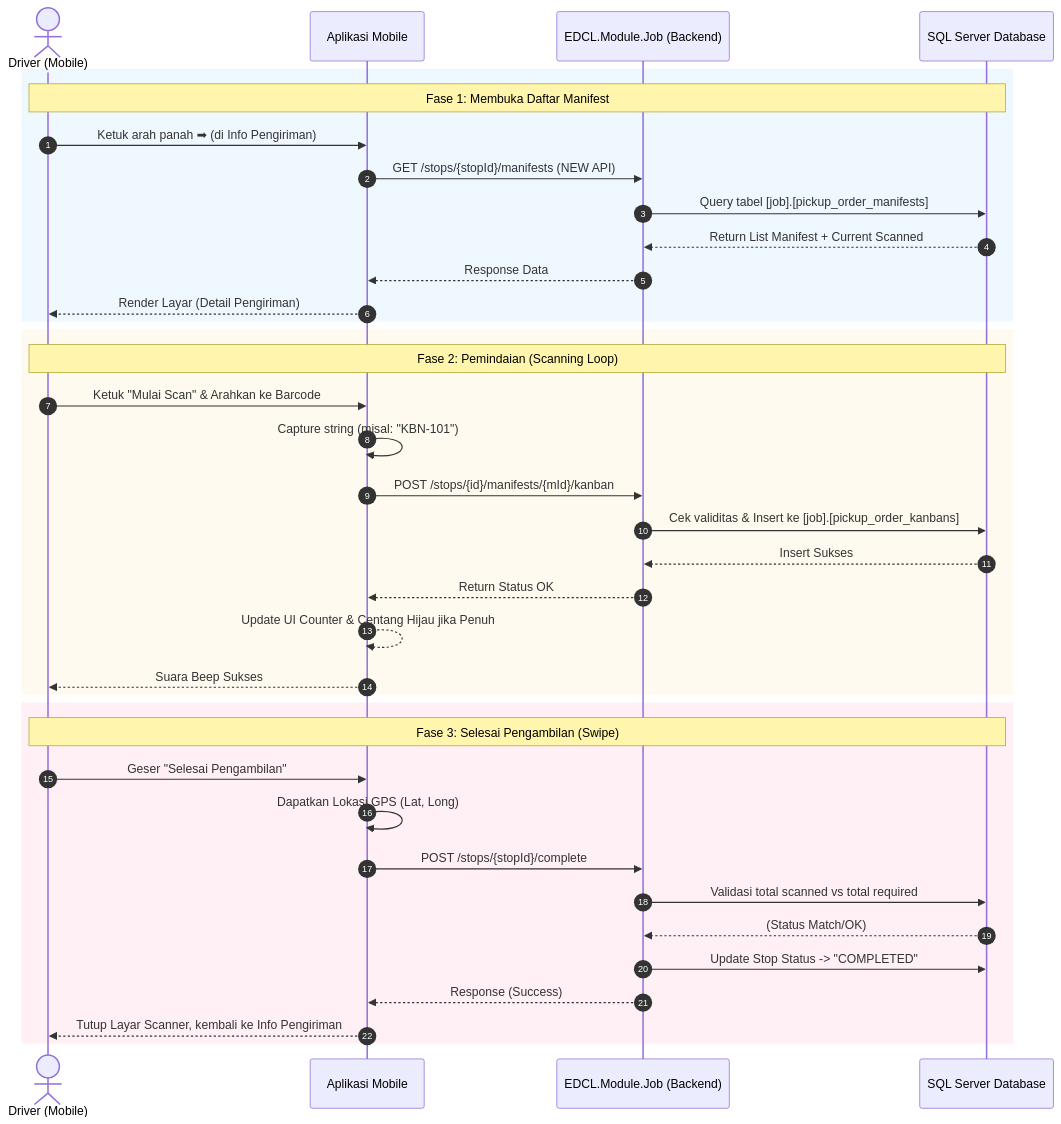
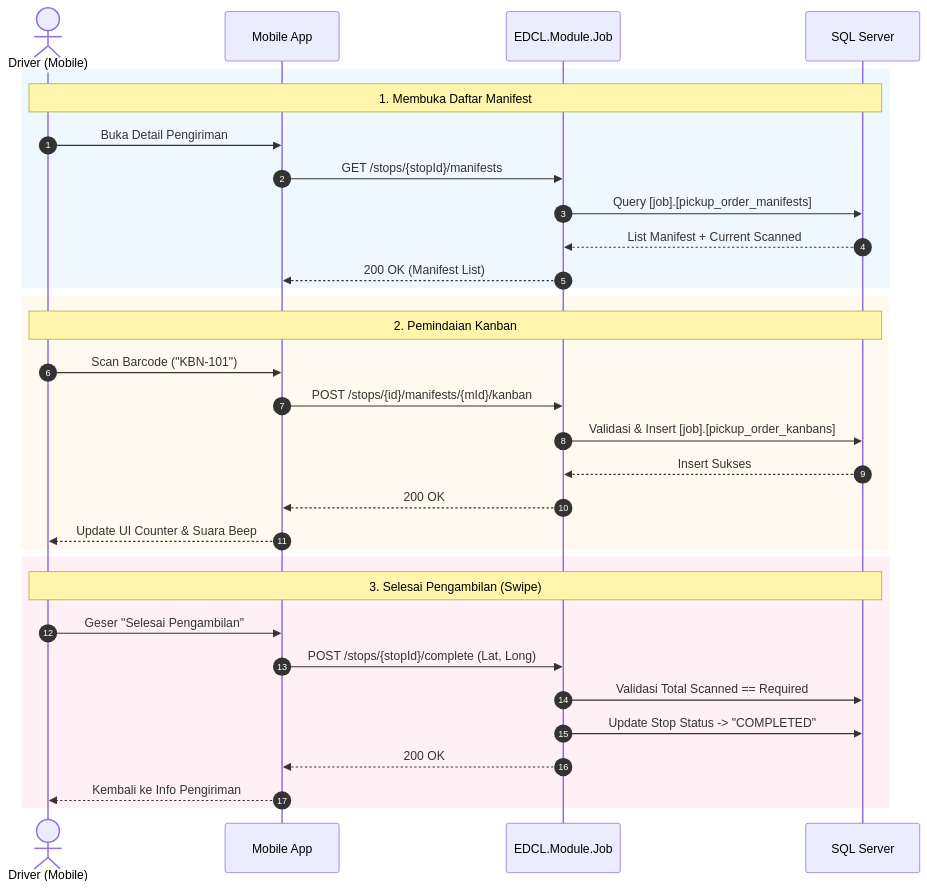
One commit to odealidj/minione-edcl-net changed the diagram in docs/architecture/detail-pengiriman-scan-system.md. Above: the diagram before and after it, drawn with Mermaid. The commit also changed other lines of this file and 21 other files, not shown here.

````diff
--- a/docs/architecture/detail-pengiriman-scan-system.md
+++ b/docs/architecture/detail-pengiriman-scan-system.md
@@ -26,45 +19,40 @@
 ```mermaid
 sequenceDiagram
     autonumber
     actor Driver as Driver (Mobile)
-    participant Client as Aplikasi Mobile
-    participant JobAPI as EDCL.Module.Job (Backend)
-    participant DB as SQL Server Database
+    participant Client as Mobile App
+    participant JobAPI as EDCL.Module.Job
+    participant DB as SQL Server
 
-    %% Fase Memuat Detail
+    %% Fase 1
     rect rgb(240, 248, 255)
-        Note over Driver,DB: Fase 1: Membuka Daftar Manifest
-        Driver->>Client: Ketuk arah panah ➡ (di Info Pengiriman)
-        Client->>JobAPI: GET /stops/{stopId}/manifests (NEW API)
-        JobAPI->>DB: Query tabel [job].[pickup_order_manifests]
-        DB-->>JobAPI: Return List Manifest + Current Scanned
-        JobAPI-->>Client: Response Data
-        Client-->>Driver: Render Layar (Detail Pengiriman)
+    Note over Driver,DB: 1. Membuka Daftar Manifest
+    Driver->>Client: Buka Detail Pengiriman
+    Client->>JobAPI: GET /stops/{stopId}/manifests
+    JobAPI->>DB: Query [job].[pickup_order_manifests]
+    DB-->>JobAPI: List Manifest + Current Scanned
+    JobAPI-->>Client: 200 OK (Manifest List)
     end
 
-    %% Fase Pemindaian Berulang
+    %% Fase 2
     rect rgb(255, 250, 240)
-        Note over Driver,DB: Fase 2: Pemindaian (Scanning Loop)
-        Driver->>Client: Ketuk "Mulai Scan" & Arahkan ke Barcode
-        Client->>Client: Capture string (misal: "KBN-101")
-        Client->>JobAPI: POST /stops/{id}/manifests/{mId}/kanban
-        JobAPI->>DB: Cek validitas & Insert ke [job].[pickup_order_kanbans]
-        DB-->>JobAPI: Insert Sukses
-        JobAPI-->>Client: Return Status OK
-        Client-->>Client: Update UI Counter & Centang Hijau jika Penuh
-        Client-->>Driver: Suara Beep Sukses
+    Note over Driver,DB: 2. Pemindaian Kanban
+    Driver->>Client: Scan Barcode ("KBN-101")
+    Client->>JobAPI: POST /stops/{id}/manifests/{mId}/kanban
+    JobAPI->>DB: Validasi & Insert [job].[pickup_order_kanbans]
+    DB-->>JobAPI: Insert Sukses
+    JobAPI-->>Client: 200 OK
+    Client-->>Driver: Update UI Counter & Suara Beep
     end
 
-    %% Fase Penguncian (Complete Stop)
+    %% Fase 3
     rect rgb(255, 240, 245)
-        Note over Driver,DB: Fase 3: Selesai Pengambilan (Swipe)
-        Driver->>Client: Geser "Selesai Pengambilan"
-        Client->>Client: Dapatkan Lokasi GPS (Lat, Long)
-        Client->>JobAPI: POST /stops/{stopId}/complete
-        JobAPI->>DB: Validasi total scanned vs total required
-        DB-->>JobAPI: (Status Match/OK)
-        JobAPI->>DB: Update Stop Status -> "COMPLETED"
-        JobAPI-->>Client: Response (Success)
-        Client-->>Driver: Tutup Layar Scanner, kembali ke Info Pengiriman
+    Note over Driver,DB: 3. Selesai Pengambilan (Swipe)
+    Driver->>Client: Geser "Selesai Pengambilan"
+    Client->>JobAPI: POST /stops/{stopId}/complete (Lat, Long)
+    JobAPI->>DB: Validasi Total Scanned == Required
+    JobAPI->>DB: Update Stop Status -> "COMPLETED"
+    JobAPI-->>Client: 200 OK
+    Client-->>Driver: Kembali ke Info Pengiriman
     end
 ```
````
